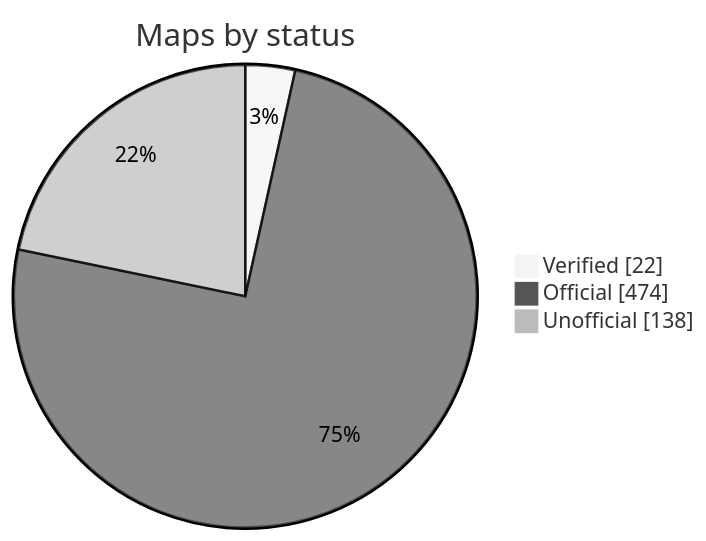
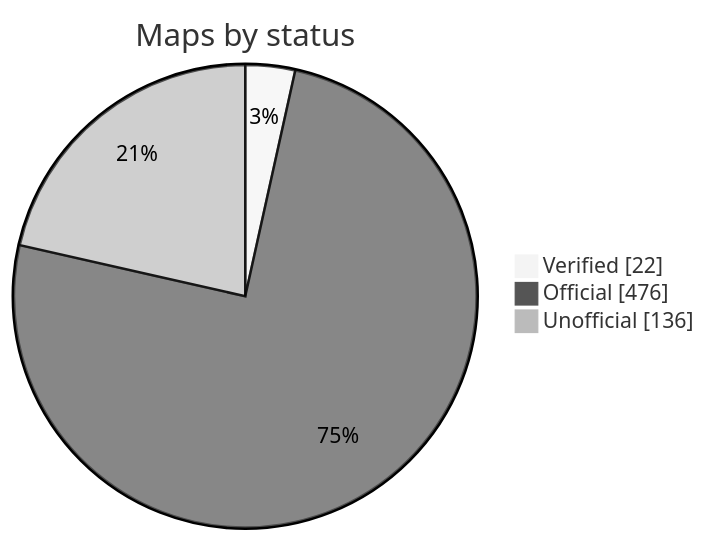
One commit to nobrega8/mbmap-library changed the diagram in README.md. Above: the diagram before and after it, drawn with Mermaid (neutral theme). The commit also changed 7 other files, not shown here.

````diff
--- a/README.md
+++ b/README.md
@@ -52,7 +52,7 @@
 ```mermaid
 pie showData
     title Maps by status
     "Verified" : 22
-    "Official" : 474
-    "Unofficial" : 138
+    "Official" : 476
+    "Unofficial" : 136
 ```
````
